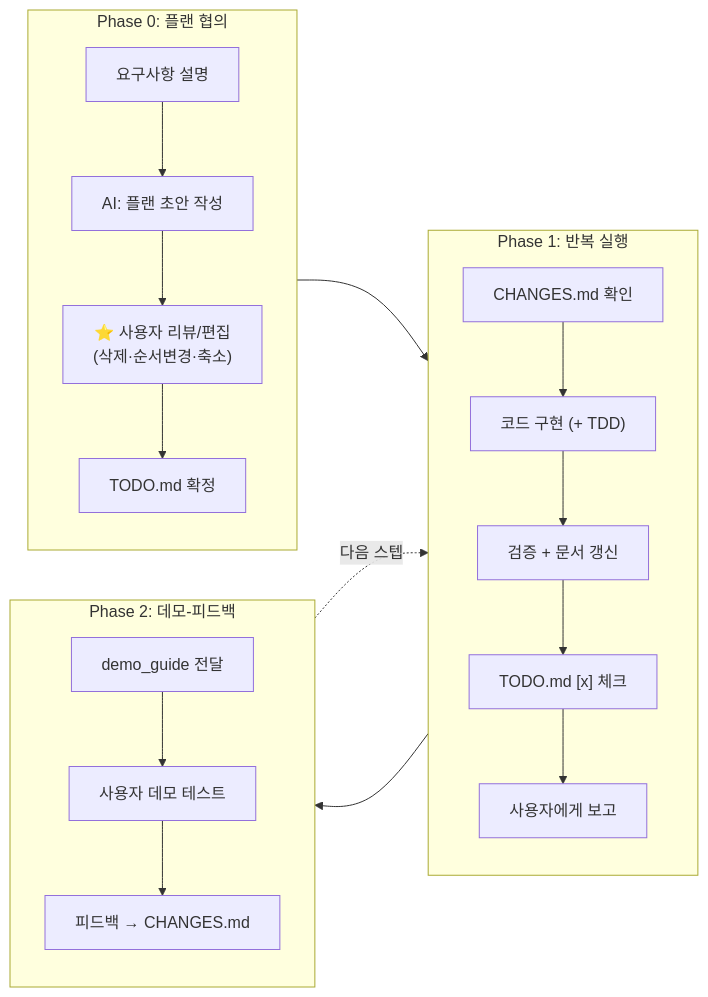
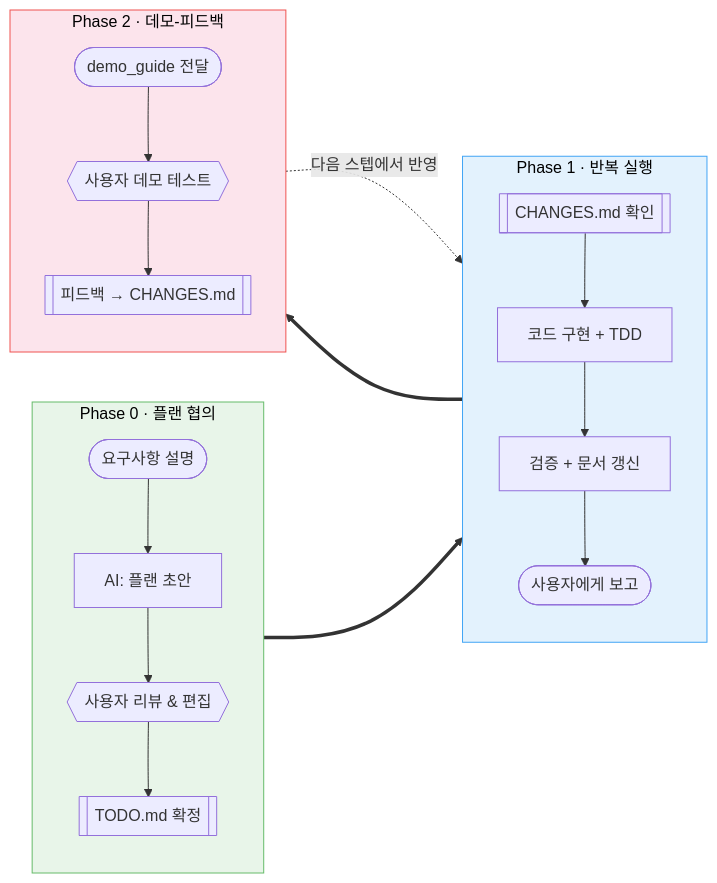
One commit to Jeensh/onTong changed the first of 3 diagrams in agentic-workflow/README.md. Above: the diagram before and after it, drawn with Mermaid. The commit also changed other lines of this file and 1 other file, not shown here.

First line of the commit message:
docs: improve Mermaid diagram readability and visual consistency

````diff
--- a/agentic-workflow/README.md
+++ b/agentic-workflow/README.md
@@ -26,27 +26,36 @@
 ```mermaid
-flowchart LR
-    subgraph P0["Phase 0: 플랜 협의"]
+graph LR
+    subgraph P0["Phase 0 · 플랜 협의"]
         direction TB
-        A1[요구사항 설명] --> A2[AI: 플랜 초안 작성]
-        A2 --> A3["⭐ 사용자 리뷰/편집<br/>(삭제·순서변경·축소)"]
-        A3 --> A4[TODO.md 확정]
+        A1(["요구사항 설명"])
+        A2["AI: 플랜 초안"]
+        A3{{"사용자 리뷰 & 편집"}}
+        A4[["TODO.md 확정"]]
+        A1 --> A2 --> A3 --> A4
     end
 
-    subgraph P1["Phase 1: 반복 실행"]
+    subgraph P1["Phase 1 · 반복 실행"]
         direction TB
-        B1[CHANGES.md 확인] --> B2["코드 구현 (+ TDD)"]
-        B2 --> B3[검증 + 문서 갱신]
-        B3 --> B4["TODO.md [x] 체크"]
-        B4 --> B5[사용자에게 보고]
+        B1[["CHANGES.md 확인"]]
+        B2["코드 구현 + TDD"]
+        B3["검증 + 문서 갱신"]
+        B4(["사용자에게 보고"])
+        B1 --> B2 --> B3 --> B4
     end
 
-    subgraph P2["Phase 2: 데모-피드백"]
+    subgraph P2["Phase 2 · 데모-피드백"]
         direction TB
-        C1[demo_guide 전달] --> C2[사용자 데모 테스트]
-        C2 --> C3["피드백 → CHANGES.md"]
+        C1(["demo_guide 전달"])
+        C2{{"사용자 데모 테스트"}}
+        C3[["피드백 → CHANGES.md"]]
+        C1 --> C2 --> C3
     end
 
-    P0 --> P1
-    P1 --> P2
-    C3 -.->|다음 스텝| B1
+    A4 ==> B1
+    B4 ==> C1
+    C3 -. "다음 스텝에서 반영" .-> B1
+
+    style P0 fill:#e8f5e9,stroke:#66bb6a,color:#000
+    style P1 fill:#e3f2fd,stroke:#42a5f5,color:#000
+    style P2 fill:#fce4ec,stroke:#ef5350,color:#000
 ```
````
